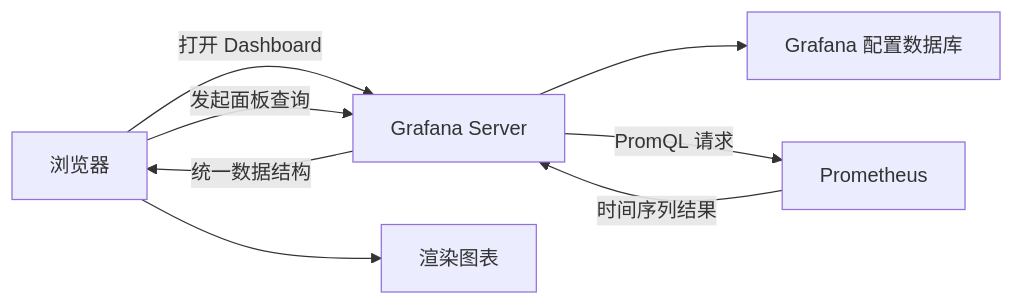
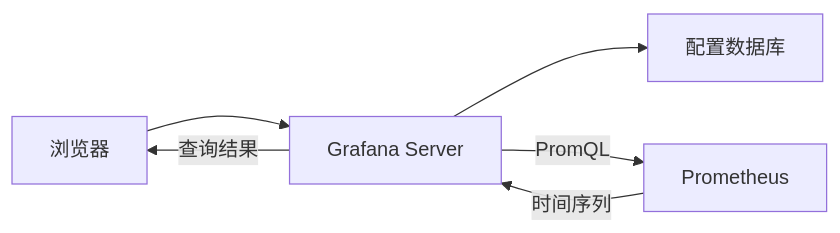
One commit to blog-archives/interview changed the first of 2 diagrams in content/map/grafana.md. Above: the diagram before and after it, drawn with Mermaid. The commit also changed other lines of this file and 10 other files, not shown here.

````diff
--- a/content/map/grafana.md
+++ b/content/map/grafana.md
@@ -20,10 +18,8 @@
 ```mermaid
 flowchart LR
-    A[浏览器] -->|打开 Dashboard| B[Grafana Server]
-    B --> C[Grafana 配置数据库]
-    A -->|发起面板查询| B
-    B -->|PromQL 请求| D[Prometheus]
-    D -->|时间序列结果| B
-    B -->|统一数据结构| A
-    A --> E[渲染图表]
+    A[浏览器] --> B[Grafana Server]
+    B --> C[配置数据库]
+    B -->|PromQL| D[Prometheus]
+    D -->|时间序列| B
+    B -->|查询结果| A
 ```
````
